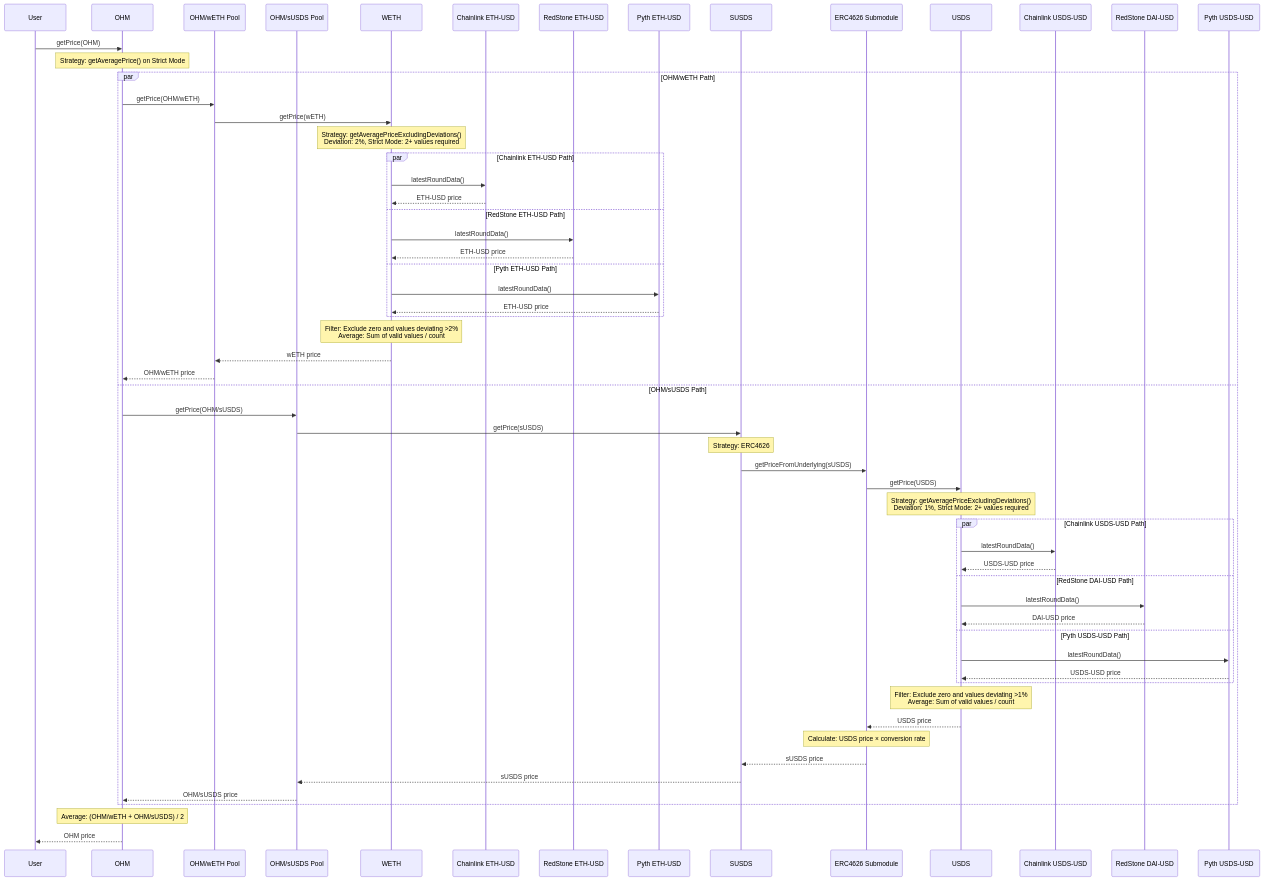
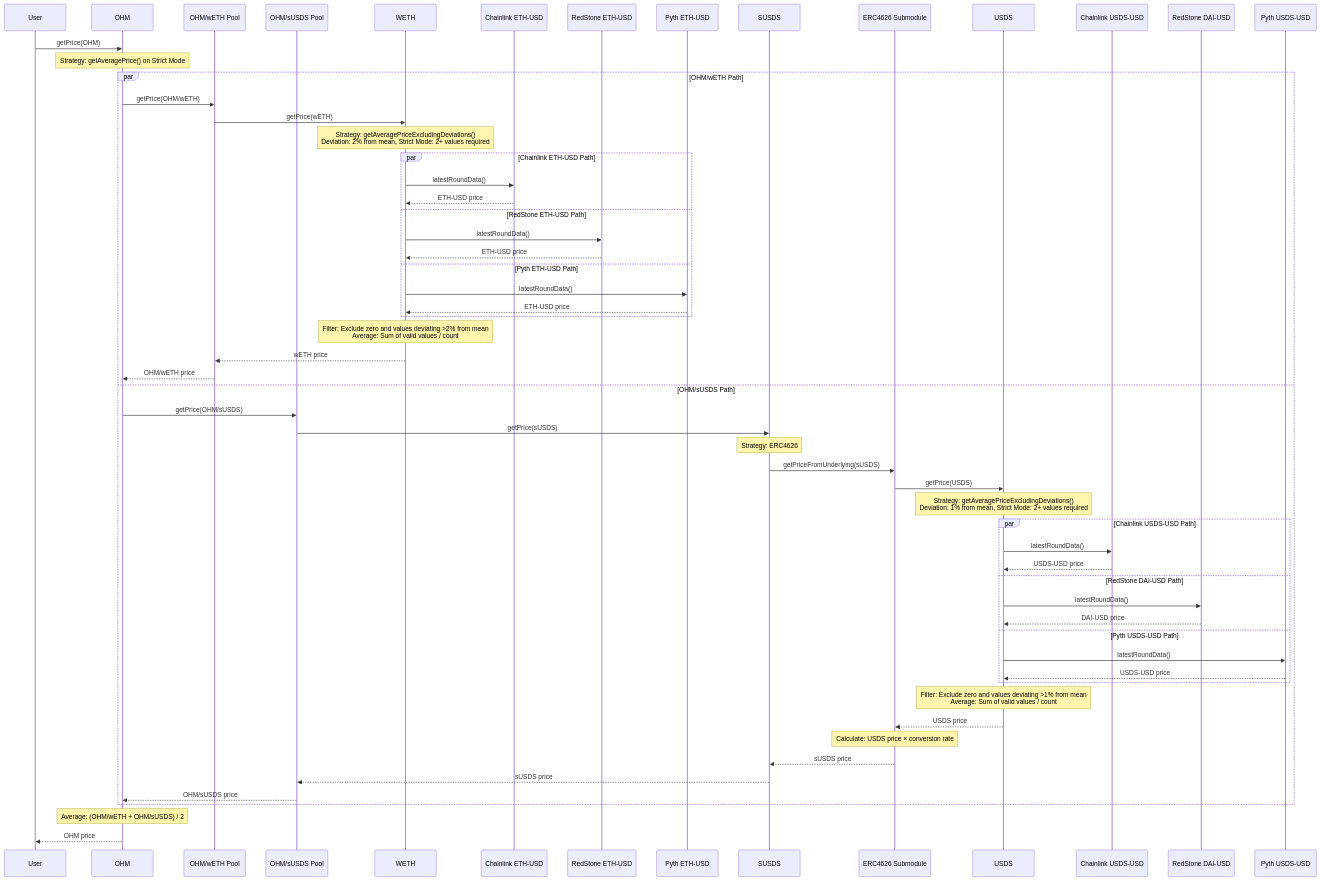
The third of 3 diagrams in documentation/price.md (OlympusDAO/olympus-v3), drawn with Mermaid before and after one commit. The commit also changed other lines of this file, not shown here.

First line of the commit message:
docs(price): clarify deviation reference is from mean

````diff
--- a/documentation/price.md
+++ b/documentation/price.md
@@ -99,74 +99,74 @@
 ```mermaid
 sequenceDiagram
     participant User
     participant OHM
     participant OHM_WETH_Pool as OHM/wETH Pool
     participant OHM_SUSDS_Pool as OHM/sUSDS Pool
     participant WETH
     participant CL_ETH as Chainlink ETH-USD
     participant RS_ETH as RedStone ETH-USD
     participant Pyth_ETH as Pyth ETH-USD
     participant SUSDS
     participant ERC4626 as ERC4626 Submodule
     participant USDS
     participant CL_USDS as Chainlink USDS-USD
     participant RS_DAI as RedStone DAI-USD
     participant Pyth_USDS as Pyth USDS-USD
 
     User->>OHM: getPrice(OHM)
 
     Note over OHM: Strategy: getAveragePrice() on Strict Mode
 
     par OHM/wETH Path
         OHM->>OHM_WETH_Pool: getPrice(OHM/wETH)
         OHM_WETH_Pool->>WETH: getPrice(wETH)
 
-        Note over WETH: Strategy: getAveragePriceExcludingDeviations()<br/>Deviation: 2%, Strict Mode: 2+ values required
+        Note over WETH: Strategy: getAveragePriceExcludingDeviations()<br/>Deviation: 2% from mean, Strict Mode: 2+ values required
 
         par Chainlink ETH-USD Path
             WETH->>CL_ETH: latestRoundData()
             CL_ETH-->>WETH: ETH-USD price
         and RedStone ETH-USD Path
             WETH->>RS_ETH: latestRoundData()
             RS_ETH-->>WETH: ETH-USD price
         and Pyth ETH-USD Path
             WETH->>Pyth_ETH: latestRoundData()
             Pyth_ETH-->>WETH: ETH-USD price
         end
 
-        Note over WETH: Filter: Exclude zero and values deviating >2%<br/>Average: Sum of valid values / count
+        Note over WETH: Filter: Exclude zero and values deviating >2% from mean<br/>Average: Sum of valid values / count
         WETH-->>OHM_WETH_Pool: wETH price
         OHM_WETH_Pool-->>OHM: OHM/wETH price
     and OHM/sUSDS Path
         OHM->>OHM_SUSDS_Pool: getPrice(OHM/sUSDS)
         OHM_SUSDS_Pool->>SUSDS: getPrice(sUSDS)
 
         Note over SUSDS: Strategy: ERC4626
 
         SUSDS->>ERC4626: getPriceFromUnderlying(sUSDS)
         ERC4626->>USDS: getPrice(USDS)
 
-        Note over USDS: Strategy: getAveragePriceExcludingDeviations()<br/>Deviation: 1%, Strict Mode: 2+ values required
+        Note over USDS: Strategy: getAveragePriceExcludingDeviations()<br/>Deviation: 1% from mean, Strict Mode: 2+ values required
 
         par Chainlink USDS-USD Path
             USDS->>CL_USDS: latestRoundData()
             CL_USDS-->>USDS: USDS-USD price
         and RedStone DAI-USD Path
             USDS->>RS_DAI: latestRoundData()
             RS_DAI-->>USDS: DAI-USD price
         and Pyth USDS-USD Path
             USDS->>Pyth_USDS: latestRoundData()
             Pyth_USDS-->>USDS: USDS-USD price
         end
 
-        Note over USDS: Filter: Exclude zero and values deviating >1%<br/>Average: Sum of valid values / count
+        Note over USDS: Filter: Exclude zero and values deviating >1% from mean<br/>Average: Sum of valid values / count
         USDS-->>ERC4626: USDS price
         Note over ERC4626: Calculate: USDS price × conversion rate
         ERC4626-->>SUSDS: sUSDS price
         SUSDS-->>OHM_SUSDS_Pool: sUSDS price
         OHM_SUSDS_Pool-->>OHM: OHM/sUSDS price
     end
 
     Note over OHM: Average: (OHM/wETH + OHM/sUSDS) / 2
     OHM-->>User: OHM price
 ```
````
